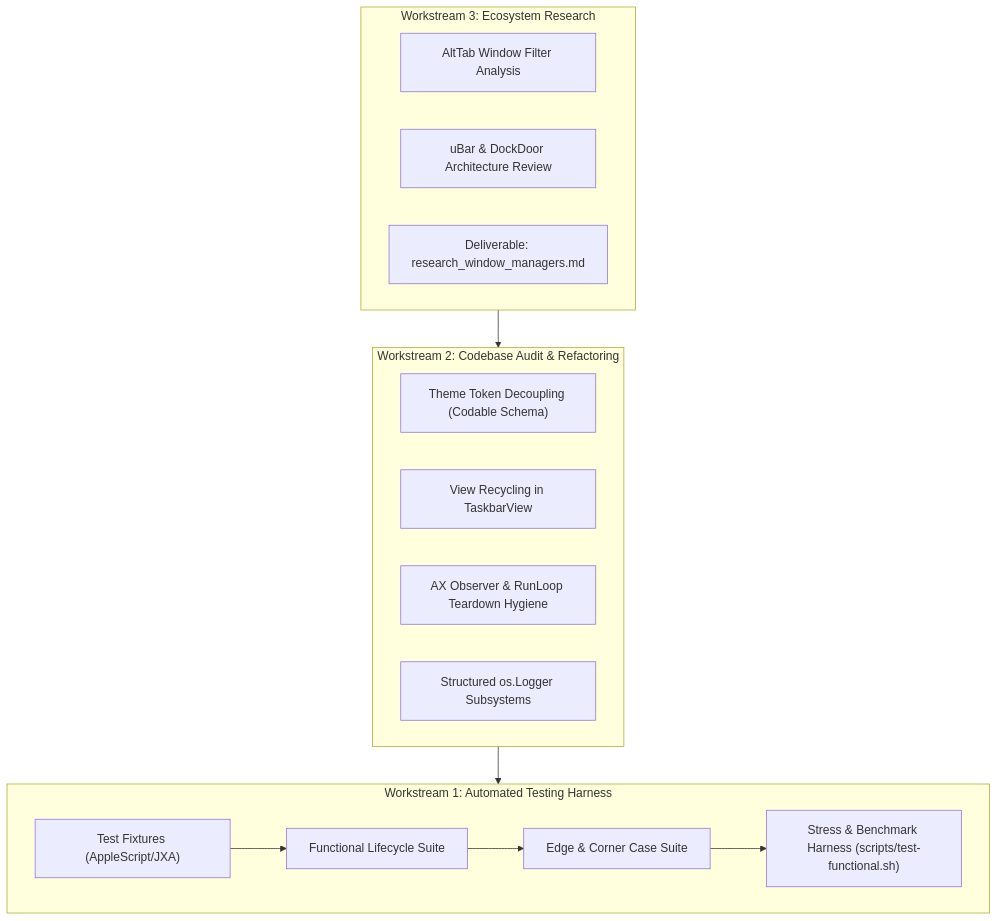
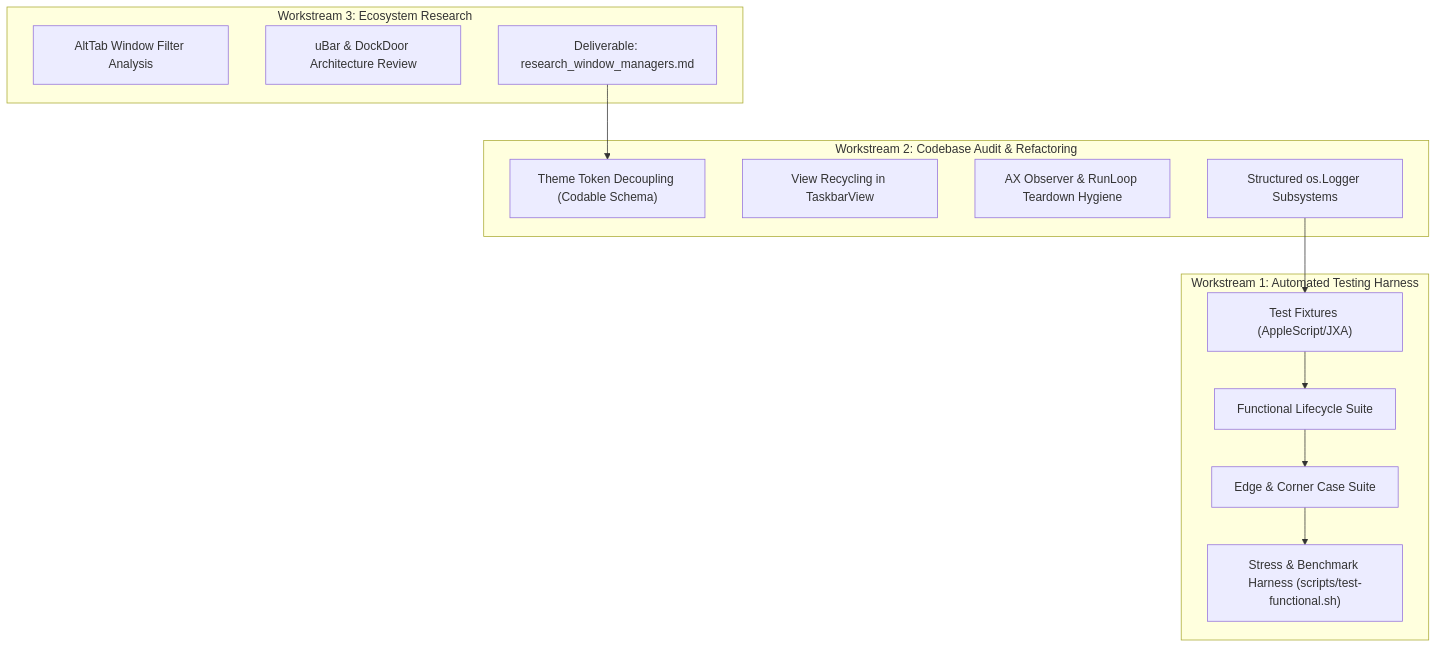
The first of 2 diagrams in plans/v0.1.1/v0.1.1_implementation_plan.md (obertguo/macos-taskbar), drawn with Mermaid before and after one commit. The commit also changed other lines of this file, not shown here.

Commit message:
docs(plans): fix mermaid diagrams and expand testing framework strategy

````diff
--- a/plans/v0.1.1/v0.1.1_implementation_plan.md
+++ b/plans/v0.1.1/v0.1.1_implementation_plan.md
@@ -23,24 +23,24 @@
 ```mermaid
 flowchart TD
     subgraph W1["Workstream 1: Automated Testing Harness"]
         T1["Test Fixtures (AppleScript/JXA)"] --> T2["Functional Lifecycle Suite"]
         T2 --> T3["Edge & Corner Case Suite"]
         T3 --> T4["Stress & Benchmark Harness (scripts/test-functional.sh)"]
     end
 
     subgraph W2["Workstream 2: Codebase Audit & Refactoring"]
         R1["Theme Token Decoupling (Codable Schema)"]
         R2["View Recycling in TaskbarView"]
         R3["AX Observer & RunLoop Teardown Hygiene"]
         R4["Structured os.Logger Subsystems"]
     end
 
     subgraph W3["Workstream 3: Ecosystem Research"]
         E1["AltTab Window Filter Analysis"]
         E2["uBar & DockDoor Architecture Review"]
         E3["Deliverable: research_window_managers.md"]
     end
 
-    W3 --> W2
-    W2 --> W1
+    E3 --> R1
+    R4 --> T1
 ```
````
